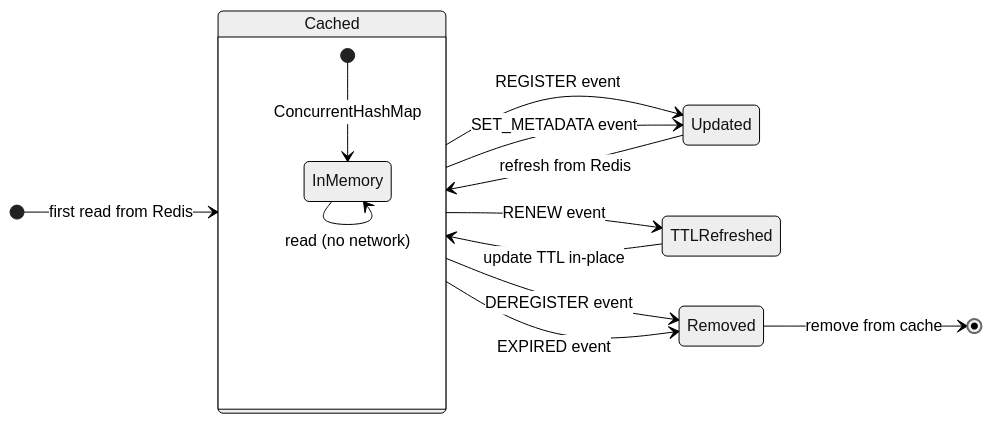
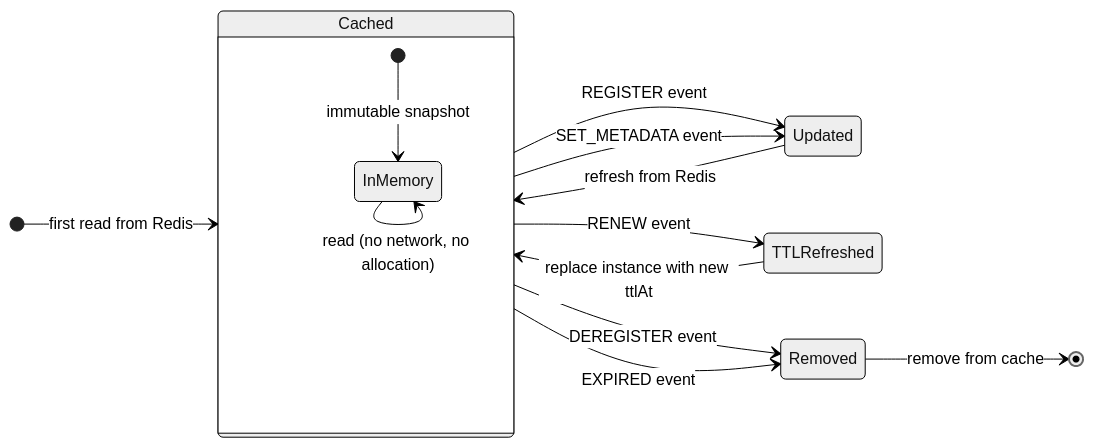
One commit to Ahoo-Wang/CoSky changed the fifth of 6 diagrams in wiki/guide/performance.md. Above: the diagram before and after it, drawn with Mermaid (neutral theme). The commit also changed other lines of this file and 35 other files, not shown here.

````diff
--- a/wiki/guide/performance.md
+++ b/wiki/guide/performance.md
@@ -187,18 +187,18 @@
 ```mermaid
 stateDiagram-v2
     direction LR
     [*] --> Cached: first read from Redis
     Cached --> Updated: REGISTER event
     Cached --> Updated: SET_METADATA event
     Cached --> TTLRefreshed: RENEW event
     Cached --> Removed: DEREGISTER event
     Cached --> Removed: EXPIRED event
     Updated --> Cached: refresh from Redis
-    TTLRefreshed --> Cached: update TTL in-place
+    TTLRefreshed --> Cached: replace instance with new ttlAt
     Removed --> [*]: remove from cache
 
     state Cached {
-        [*] --> InMemory: ConcurrentHashMap
-        InMemory --> InMemory: read (no network)
+        [*] --> InMemory: immutable snapshot
+        InMemory --> InMemory: read (no network, no allocation)
     }
 ```
````
